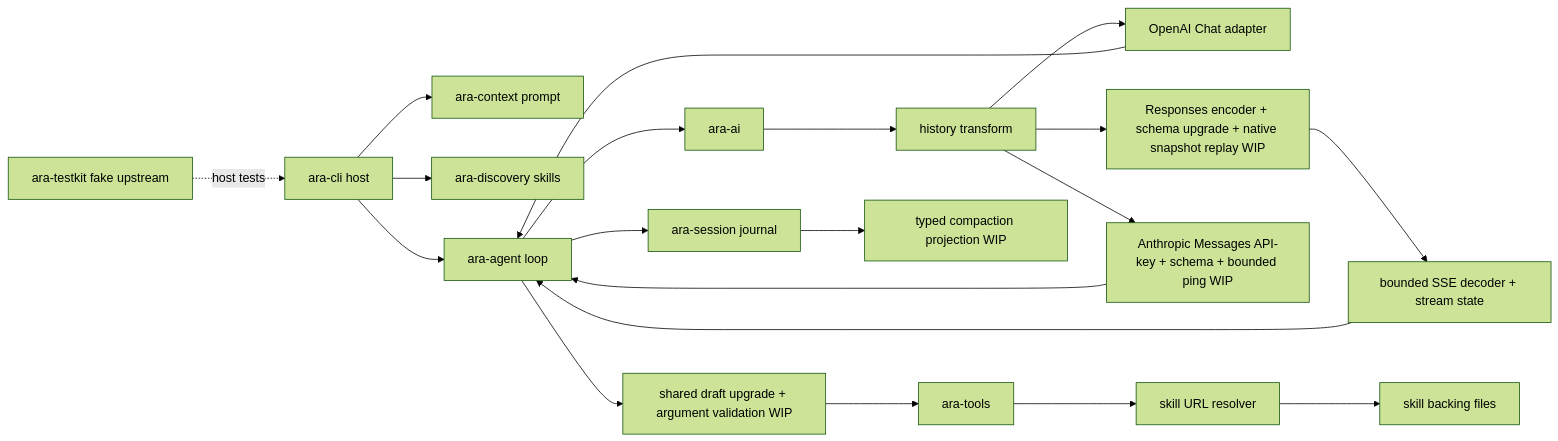
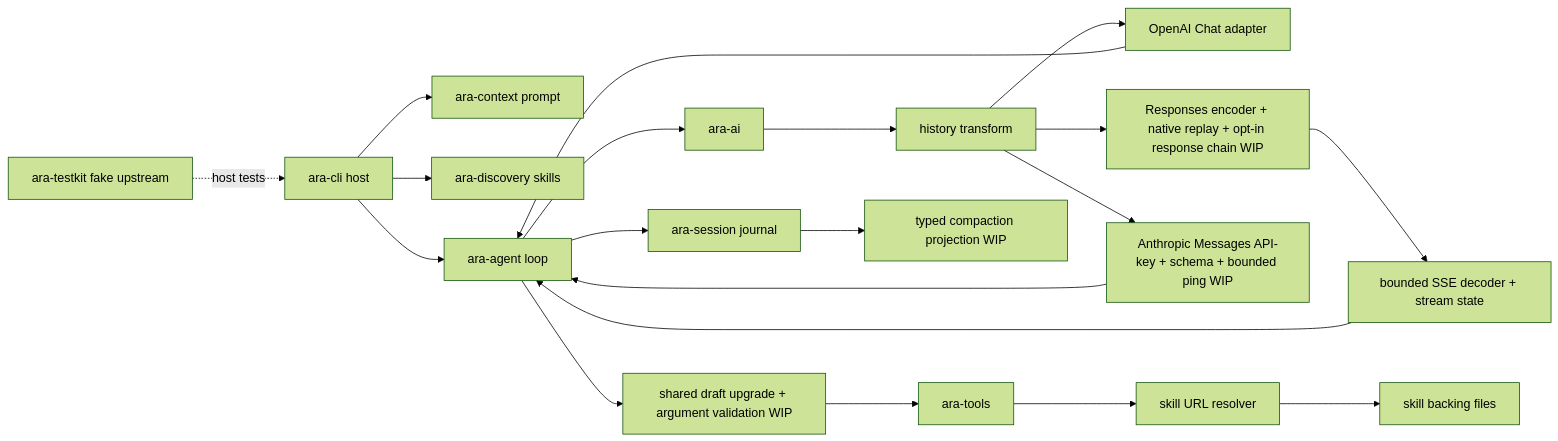
The diagram in docs/handoffs/2026-09-27.md (ZZray/ara), drawn with Mermaid (forest theme) before and after one commit. The commit also changed other lines of this file and 3 other files, not shown here.

Commit message:
docs: record Responses chaining WIP evidence

````diff
--- a/docs/handoffs/2026-09-27.md
+++ b/docs/handoffs/2026-09-27.md
@@ -145,22 +169,22 @@
 ```mermaid
 flowchart LR
     CLI[ara-cli host] --> CTX[ara-context prompt]
     CLI --> DISC[ara-discovery skills]
     CLI --> AGT[ara-agent loop]
     AGT --> AI[ara-ai]
     AI --> XFORM[history transform]
     XFORM --> PROVIDER[OpenAI Chat adapter]
     PROVIDER --> AGT
-    XFORM --> RESP[Responses encoder + schema upgrade + native snapshot replay WIP]
+    XFORM --> RESP[Responses encoder + native replay + opt-in response chain WIP]
     XFORM --> ANTH[Anthropic Messages API-key + schema + bounded ping WIP]
     ANTH --> AGT
     RESP --> SSE[bounded SSE decoder + stream state]
     SSE --> AGT
     AGT --> VALID[shared draft upgrade + argument validation WIP]
     VALID --> TOOLS[ara-tools]
     TOOLS --> URL[skill URL resolver]
     URL --> FS[skill backing files]
     AGT --> SES[ara-session journal]
     SES --> PROJ[typed compaction projection WIP]
     TK[ara-testkit fake upstream] -. host tests .-> CLI
 ```
````
